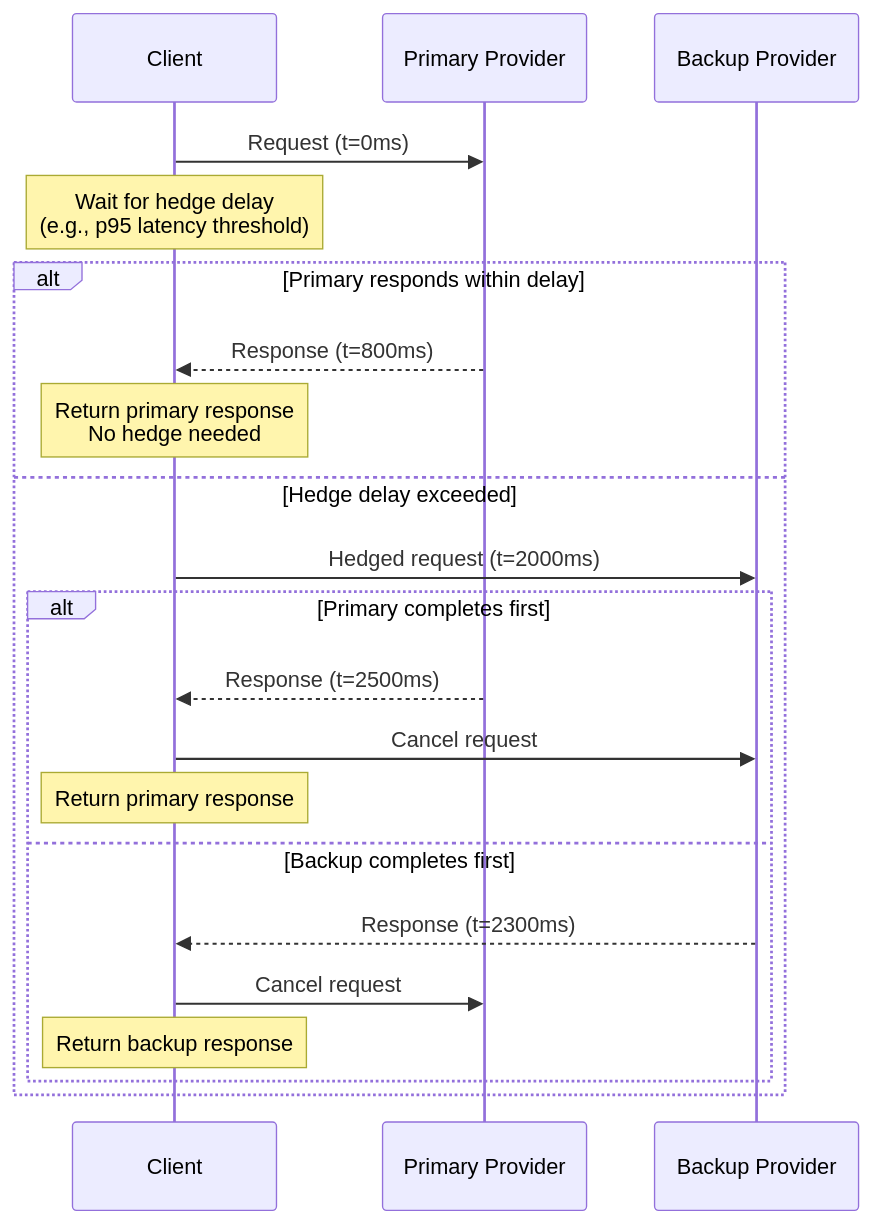
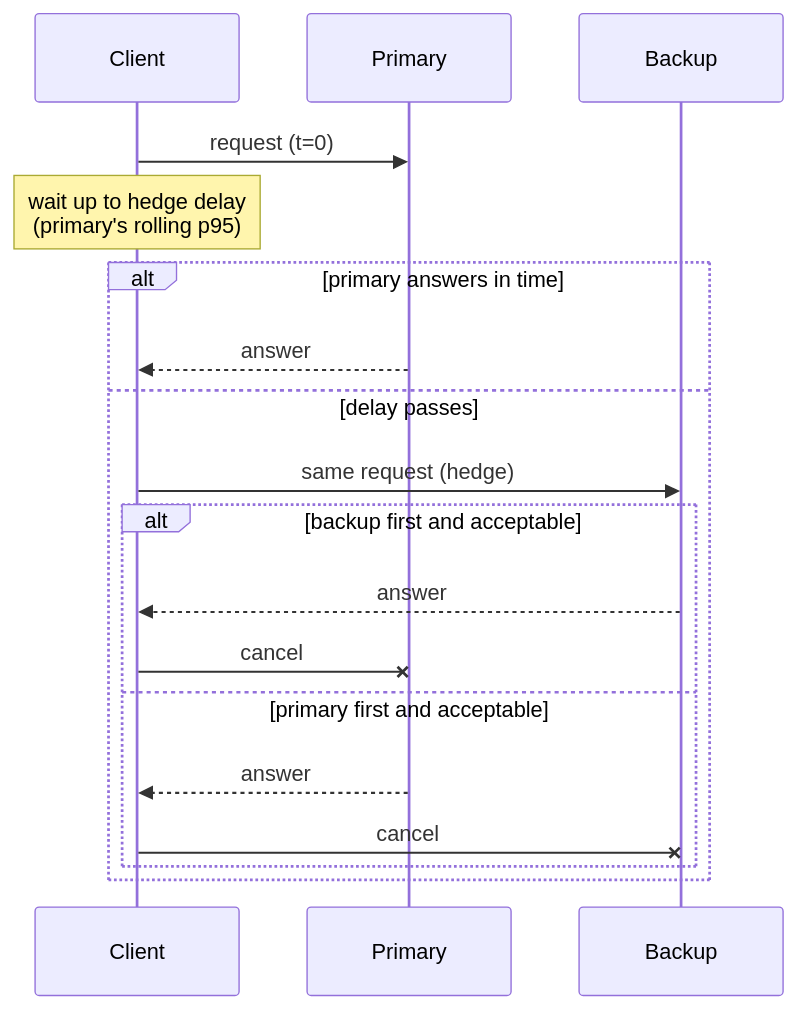
One commit to PrajwalAmte/AI-Engineering-Patterns changed the diagram in content/patterns/reliability/request-hedging.md. Above: the diagram before and after it, drawn with Mermaid. The commit also changed other lines of this file and 190 other files, not shown here.

```diff
--- a/content/patterns/reliability/request-hedging.md
+++ b/content/patterns/reliability/request-hedging.md
@@ -36,27 +32,20 @@
 <pre class="mermaid">
 sequenceDiagram
-    participant Client
-    participant Primary as Primary Provider
-    participant Backup as Backup Provider
-    
-    Client->>Primary: Request (t=0ms)
-    
-    Note over Client: Wait for hedge delay<br/>(e.g., p95 latency threshold)
-    
-    alt Primary responds within delay
-        Primary-->>Client: Response (t=800ms)
-        Note over Client: Return primary response<br/>No hedge needed
-    else Hedge delay exceeded
-        Client->>Backup: Hedged request (t=2000ms)
-        
-        alt Primary completes first
-            Primary-->>Client: Response (t=2500ms)
-            Client->>Backup: Cancel request
-            Note over Client: Return primary response
-        else Backup completes first
-            Backup-->>Client: Response (t=2300ms)
-            Client->>Primary: Cancel request
-            Note over Client: Return backup response
+    participant C as Client
+    participant P as Primary
+    participant B as Backup
+    C->>P: request (t=0)
+    Note over C: wait up to hedge delay<br/>(primary's rolling p95)
+    alt primary answers in time
+        P-->>C: answer
+    else delay passes
+        C->>B: same request (hedge)
+        alt backup first and acceptable
+            B-->>C: answer
+            C-xP: cancel
+        else primary first and acceptable
+            P-->>C: answer
+            C-xB: cancel
         end
     end
 </pre>
```
